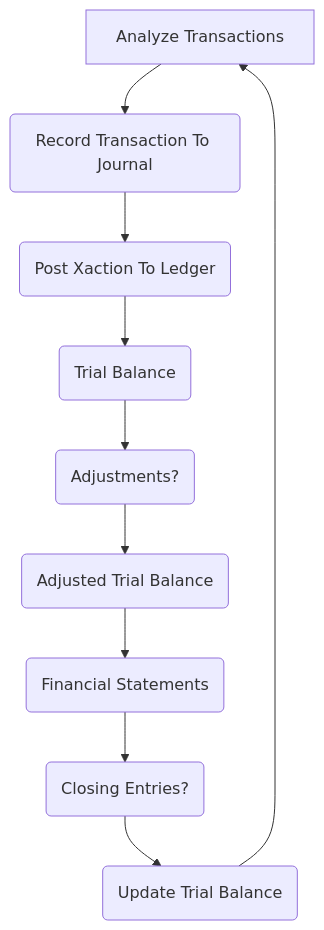
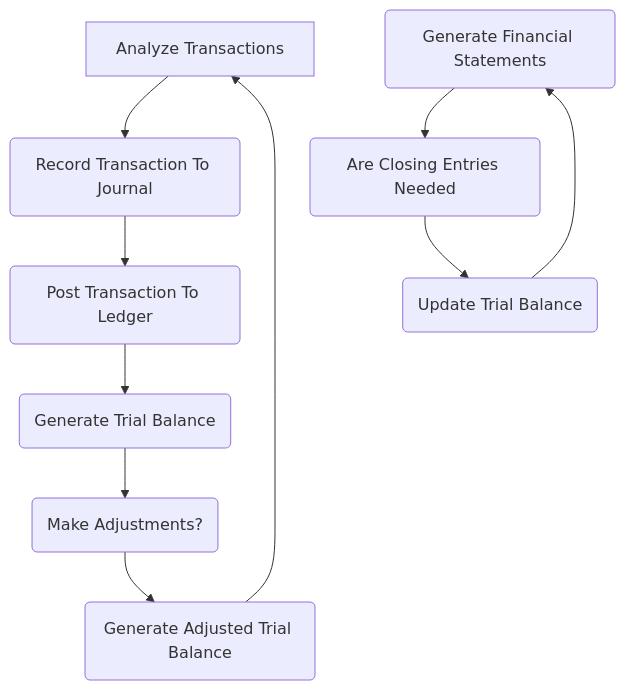
The diagram in _posts/2023-12-25-accounting-cycle.md (mcc-us/bookkeeping), drawn with Mermaid before and after one commit. The commit also changed other lines of this file, not shown here.

````diff
--- a/_posts/2023-12-25-accounting-cycle.md
+++ b/_posts/2023-12-25-accounting-cycle.md
@@ -15,12 +9,12 @@
 ```mermaid
 graph TD
     A[Analyze Transactions] --> B(Record Transaction To Journal)
-    B --> C(Post Xaction To Ledger)
-    C --> D(Trial Balance)
-    D --> E(Adjustments?)
-    E --> F(Adjusted Trial Balance)
-    F --> G(Financial Statements)
-    G --> H(Closing Entries?)
+    B --> C(Post Transaction To Ledger)
+    C --> D(Generate Trial Balance)
+    D --> E(Make Adjustments?)
+    E --> F(Generate Adjusted Trial Balance)
+    G --> H(Are Closing Entries Needed)
     H --> I(Update Trial Balance)
-    I --> A
+    I --> G(Generate Financial Statements)
+    F --> A
 ```
````
